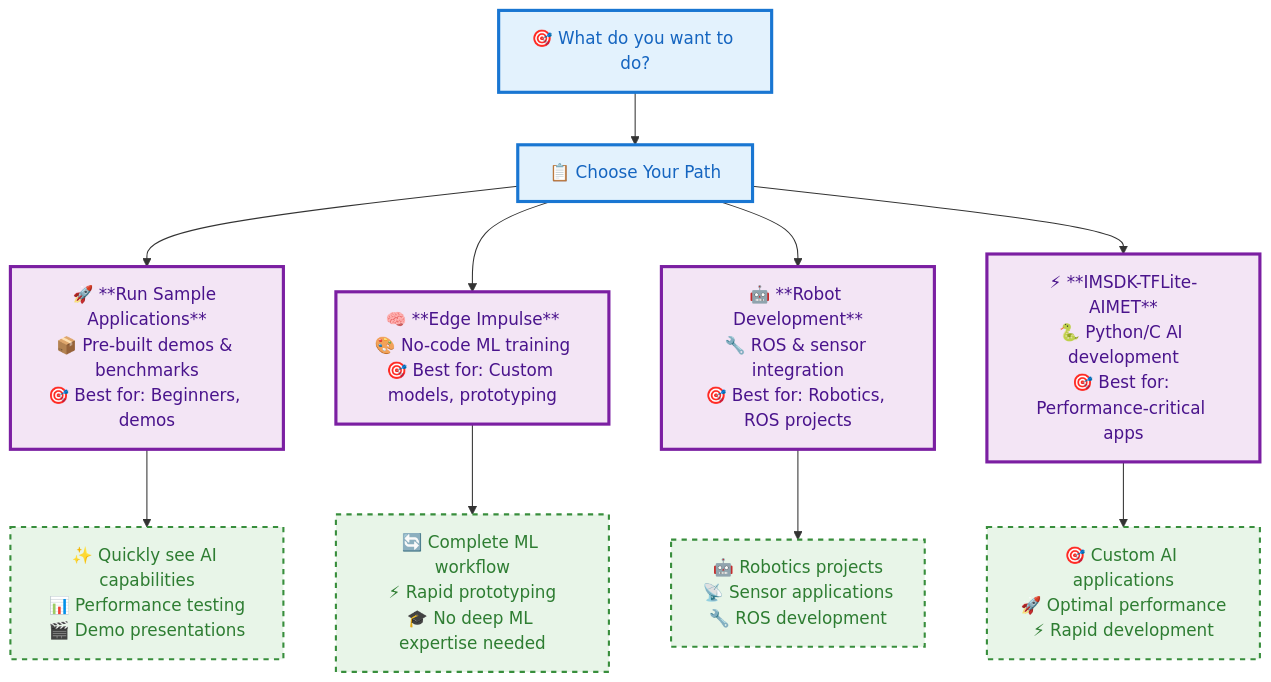
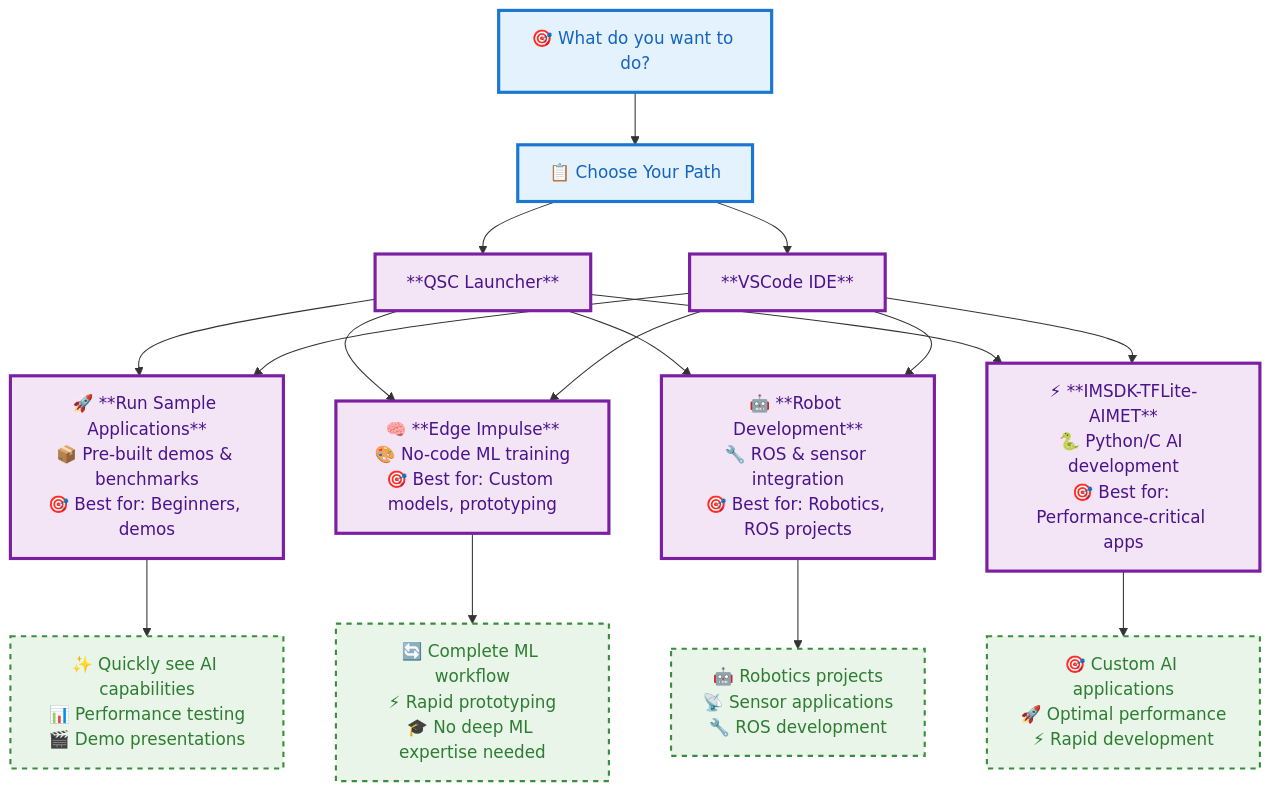
The diagram in docs/Document Home/1.quick-start/4.further-study.md (ramalamadingdong/rubikpi-ubuntu-user-manual-test-en.github.io), drawn with Mermaid before and after one commit. The commit also changed other lines of this file and 1 other file, not shown here.

Commit message:
Refactor development path structure in further study documentation for clarity

````diff
--- a/docs/Document Home/1.quick-start/4.further-study.md
+++ b/docs/Document Home/1.quick-start/4.further-study.md
@@ -7,27 +7,38 @@
 ```mermaid
 graph TD
     A["🎯 What do you want to do?"] --> B["📋 Choose Your Path"]
     
-    B --> C["🚀 **Run Sample Applications**<br/>📦 Pre-built demos & benchmarks<br/>🎯 Best for: Beginners, demos"]
-    B --> D["🧠 **Edge Impulse**<br/>🎨 No-code ML training<br/>🎯 Best for: Custom models, prototyping"]
-    B --> E["🤖 **Robot Development**<br/>🔧 ROS & sensor integration<br/>🎯 Best for: Robotics, ROS projects"]
-    B --> F["⚡ **IMSDK-TFLite-AIMET**<br/>🐍 Python/C AI development<br/>🎯 Best for: Performance-critical apps"]
+    B --> C["**QSC Launcher**"]
+    B --> D["**VSCode IDE**"]
+
+    C --> E["🚀 **Run Sample Applications**<br/>📦 Pre-built demos & benchmarks<br/>🎯 Best for: Beginners, demos"]
+    D --> E
+    C --> F["🧠 **Edge Impulse**<br/>🎨 No-code ML training<br/>🎯 Best for: Custom models, prototyping"]
+    D --> F
+    C --> G["🤖 **Robot Development**<br/>🔧 ROS & sensor integration<br/>🎯 Best for: Robotics, ROS projects"]
+    D --> G
+    C --> H["⚡ **IMSDK-TFLite-AIMET**<br/>🐍 Python/C AI development<br/>🎯 Best for: Performance-critical apps"]
+    D --> H
+
     
-    C --> C1["✨ Quickly see AI capabilities<br/>📊 Performance testing<br/>🎬 Demo presentations"]
-    D --> D1["🔄 Complete ML workflow<br/>⚡ Rapid prototyping<br/>🎓 No deep ML expertise needed"]
-    E --> E1["🤖 Robotics projects<br/>📡 Sensor applications<br/>🔧 ROS development"]
-    F --> F1["🎯 Custom AI applications<br/>🚀 Optimal performance<br/>⚡ Rapid development"]
+    E --> E1["✨ Quickly see AI capabilities<br/>📊 Performance testing<br/>🎬 Demo presentations"]
+    F --> F1["🔄 Complete ML workflow<br/>⚡ Rapid prototyping<br/>🎓 No deep ML expertise needed"]
+    G --> G1["🤖 Robotics projects<br/>📡 Sensor applications<br/>🔧 ROS development"]
+    H --> H1["🎯 Custom AI applications<br/>🚀 Optimal performance<br/>⚡ Rapid development"]
 
     classDef startNode fill:#e3f2fd,stroke:#1976d2,stroke-width:3px,color:#1565c0
     classDef pathNodes fill:#f3e5f5,stroke:#7b1fa2,stroke-width:3px,color:#4a148c
     classDef detailNodes fill:#e8f5e8,stroke:#388e3c,stroke-width:2px,stroke-dasharray: 5 5,color:#2e7d32
     
     class A,B startNode
-    class C,D,E,F,G pathNodes
-    class C1,D1,E1,F1 detailNodes
+    class C,D pathNodes
+    class E,F,G,H pathNodes
+    class E1,F1,G1,H1 detailNodes
     
-    click C "../Run sample applications" _self
-    click D "../Edge-Impulse" _self
-    click E "../Robot-development" _self
-    click F "../AI" _self
+    click C "../1.quick-start/1.update-software" _self
+    click D "../1.quick-start/3.set-up-your-enviroment" _self
+    click E "../Run-sample-applications" _self
+    click F "../Edge-Impulse" _self
+    click G "../Robot-development" _self
+    click H "../AI" _self
 ```
````
